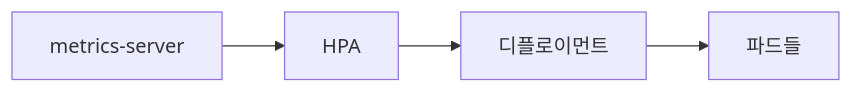
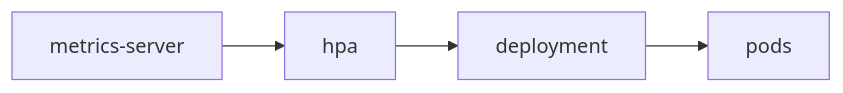
The diagram in content/kubernetes-101/ko/08-hpa.md (yeongseon-books/book-content), drawn with Mermaid before and after one commit. The commit also changed other lines of this file and 9 other files, not shown here.

````diff
--- a/content/kubernetes-101/ko/08-hpa.md
+++ b/content/kubernetes-101/ko/08-hpa.md
@@ -49,6 +49,6 @@
 ```mermaid
 flowchart LR
-    Metrics["metrics-server"] --> HPA["HPA"]
-    HPA --> Dep["디플로이먼트"]
-    Dep --> Pods["파드들"]
+    Metrics["metrics-server"] --> HPA["hpa"]
+    HPA --> Dep["deployment"]
+    Dep --> Pods["pods"]
 ```
````
